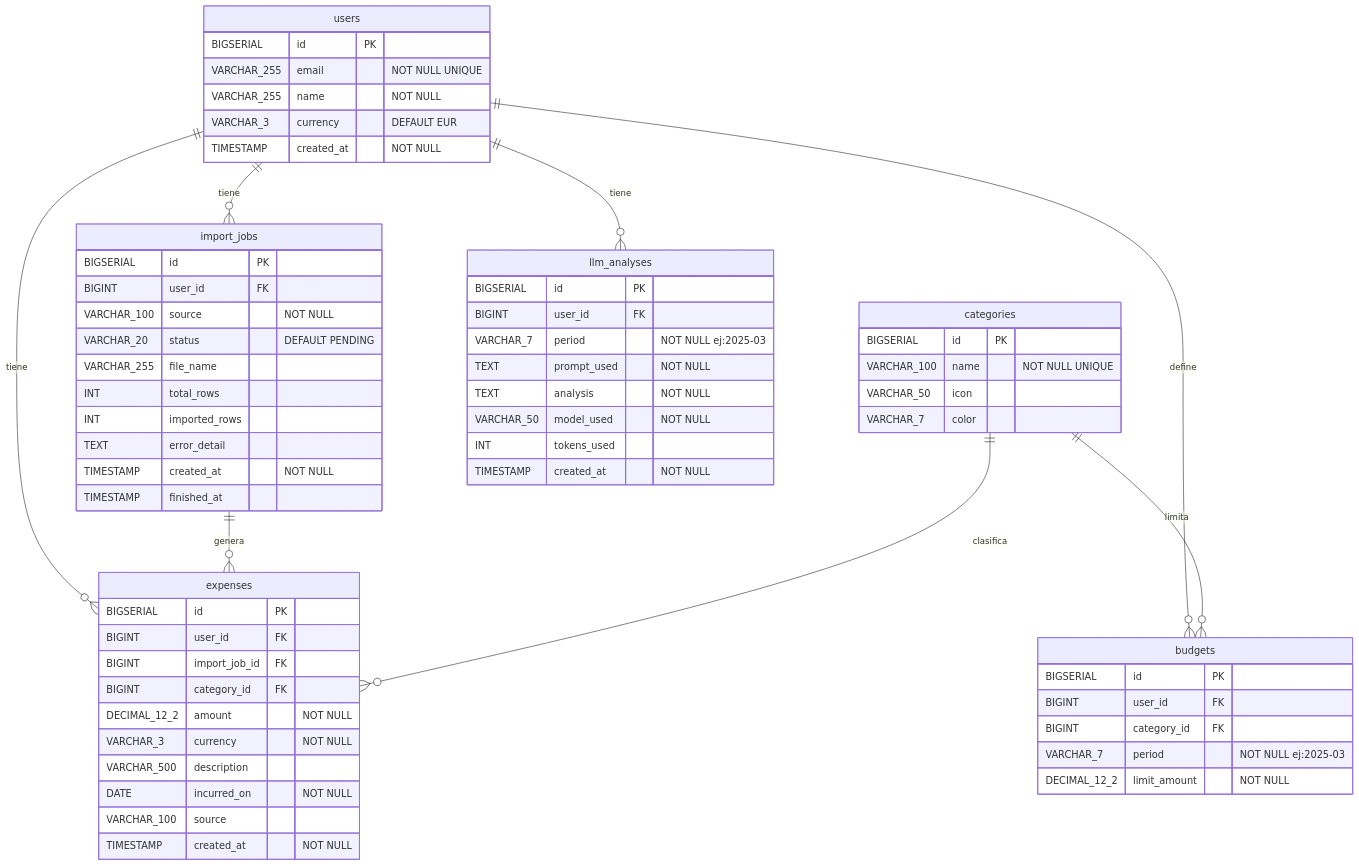
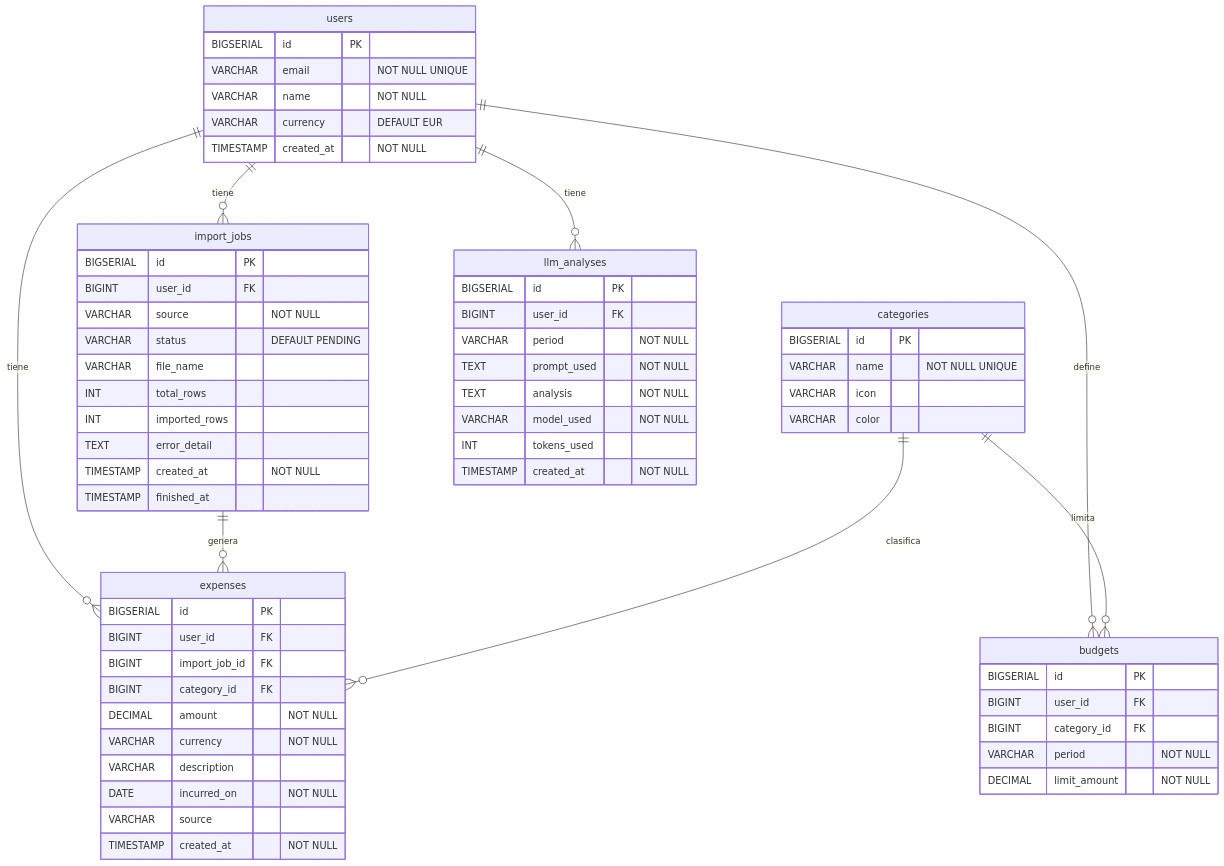
The diagram in README.md (maaaaquiiii/Aureus), drawn with Mermaid before and after one commit. The commit also changed other lines of this file, not shown here.

Commit message:
update README: add data model shcema 2

````diff
--- a/README.md
+++ b/README.md
@@ -5,70 +5,70 @@
 ```mermaid
 erDiagram
     users {
         BIGSERIAL id PK
-        VARCHAR_255 email "NOT NULL UNIQUE"
-        VARCHAR_255 name "NOT NULL"
-        VARCHAR_3 currency "DEFAULT EUR"
+        VARCHAR email "NOT NULL UNIQUE"
+        VARCHAR name "NOT NULL"
+        VARCHAR currency "DEFAULT EUR"
         TIMESTAMP created_at "NOT NULL"
     }
-
+ 
     categories {
         BIGSERIAL id PK
-        VARCHAR_100 name "NOT NULL UNIQUE"
-        VARCHAR_50 icon
-        VARCHAR_7 color
+        VARCHAR name "NOT NULL UNIQUE"
+        VARCHAR icon
+        VARCHAR color
     }
-
+ 
     import_jobs {
         BIGSERIAL id PK
         BIGINT user_id FK
-        VARCHAR_100 source "NOT NULL"
-        VARCHAR_20 status "DEFAULT PENDING"
-        VARCHAR_255 file_name
+        VARCHAR source "NOT NULL"
+        VARCHAR status "DEFAULT PENDING"
+        VARCHAR file_name
         INT total_rows
         INT imported_rows
         TEXT error_detail
         TIMESTAMP created_at "NOT NULL"
         TIMESTAMP finished_at
     }
-
+ 
     expenses {
         BIGSERIAL id PK
         BIGINT user_id FK
         BIGINT import_job_id FK
         BIGINT category_id FK
-        DECIMAL_12_2 amount "NOT NULL"
-        VARCHAR_3 currency "NOT NULL"
-        VARCHAR_500 description
+        DECIMAL amount "NOT NULL"
+        VARCHAR currency "NOT NULL"
+        VARCHAR description
         DATE incurred_on "NOT NULL"
-        VARCHAR_100 source
+        VARCHAR source
         TIMESTAMP created_at "NOT NULL"
     }
-
+ 
     budgets {
         BIGSERIAL id PK
         BIGINT user_id FK
         BIGINT category_id FK
-        VARCHAR_7 period "NOT NULL ej:2025-03"
-        DECIMAL_12_2 limit_amount "NOT NULL"
+        VARCHAR period "NOT NULL"
+        DECIMAL limit_amount "NOT NULL"
     }
-
+ 
     llm_analyses {
         BIGSERIAL id PK
         BIGINT user_id FK
-        VARCHAR_7 period "NOT NULL ej:2025-03"
+        VARCHAR period "NOT NULL"
         TEXT prompt_used "NOT NULL"
         TEXT analysis "NOT NULL"
-        VARCHAR_50 model_used "NOT NULL"
+        VARCHAR model_used "NOT NULL"
         INT tokens_used
         TIMESTAMP created_at "NOT NULL"
     }
-
+ 
     users ||--o{ import_jobs : "tiene"
     users ||--o{ expenses : "tiene"
+    users ||--o{ budgets : "define"
     users ||--o{ llm_analyses : "tiene"
-    users ||--o{ budgets : "define"
     import_jobs ||--o{ expenses : "genera"
     categories ||--o{ expenses : "clasifica"
     categories ||--o{ budgets : "limita"
 ```
````
